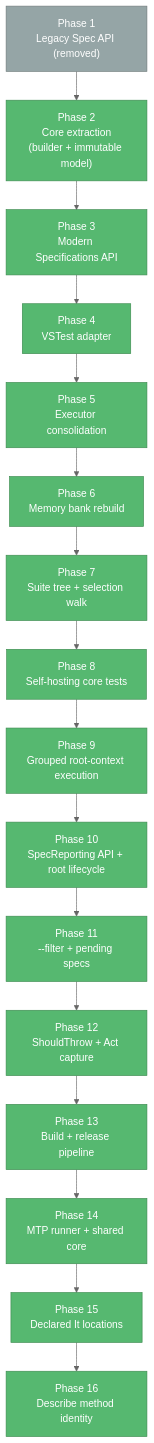
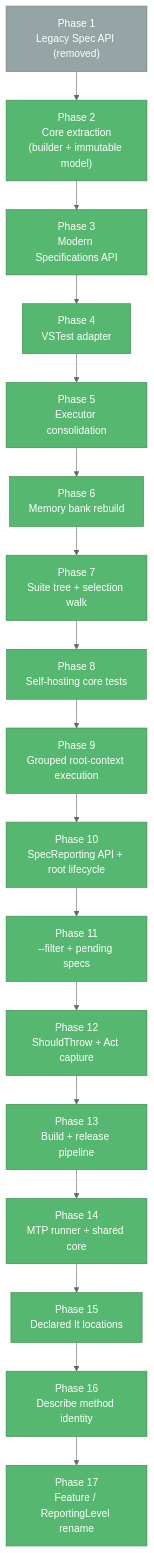
The diagram in memory-bank/progress.md (yozepi/Specs), drawn with Mermaid before and after one commit. The commit also changed other lines of this file and 75 other files, not shown here.

First line of the commit message:
Rename Describe API to Feature and ReportingLevel

````diff
--- a/memory-bank/progress.md
+++ b/memory-bank/progress.md
@@ -115,26 +115,27 @@
 ```mermaid
 %%{init: {'theme': 'neutral', 'flowchart': {'nodeSpacing': 30, 'rankSpacing': 45, 'wrappingWidth': 160}}}%%
 flowchart TD
     P1["Phase 1<br/>Legacy Spec API (removed)"]:::deprecated
     P2["Phase 2<br/>Core extraction<br/>(builder + immutable model)"]:::app
     P3["Phase 3<br/>Modern Specifications API"]:::app
     P4["Phase 4<br/>VSTest adapter"]:::app
     P5["Phase 5<br/>Executor consolidation"]:::app
     P6["Phase 6<br/>Memory bank rebuild"]:::app
     P7["Phase 7<br/>Suite tree + selection walk"]:::app
     P8["Phase 8<br/>Self-hosting core tests"]:::app
     P9["Phase 9<br/>Grouped root-context execution"]:::app
     P10["Phase 10<br/>SpecReporting API + root lifecycle"]:::app
     P11["Phase 11<br/>--filter + pending specs"]:::app
     P12["Phase 12<br/>ShouldThrow + Act capture"]:::app
     P13["Phase 13<br/>Build + release pipeline"]:::app
     P14["Phase 14<br/>MTP runner + shared core"]:::app
     P15["Phase 15<br/>Declared It locations"]:::app
     P16["Phase 16<br/>Describe method identity"]:::app
+    P17["Phase 17<br/>Feature / ReportingLevel rename"]:::app
 
     P1 --> P2 --> P3 --> P4
-    P4 --> P5 --> P6 --> P7 --> P8 --> P9 --> P10 --> P11 --> P12 --> P13 --> P14 --> P15 --> P16
+    P4 --> P5 --> P6 --> P7 --> P8 --> P9 --> P10 --> P11 --> P12 --> P13 --> P14 --> P15 --> P16 --> P17
 
     classDef app fill:#56B870,stroke:#3D8B50,color:#fff
     classDef deprecated fill:#95A5A6,stroke:#707B7C,color:#fff
 ```
````
